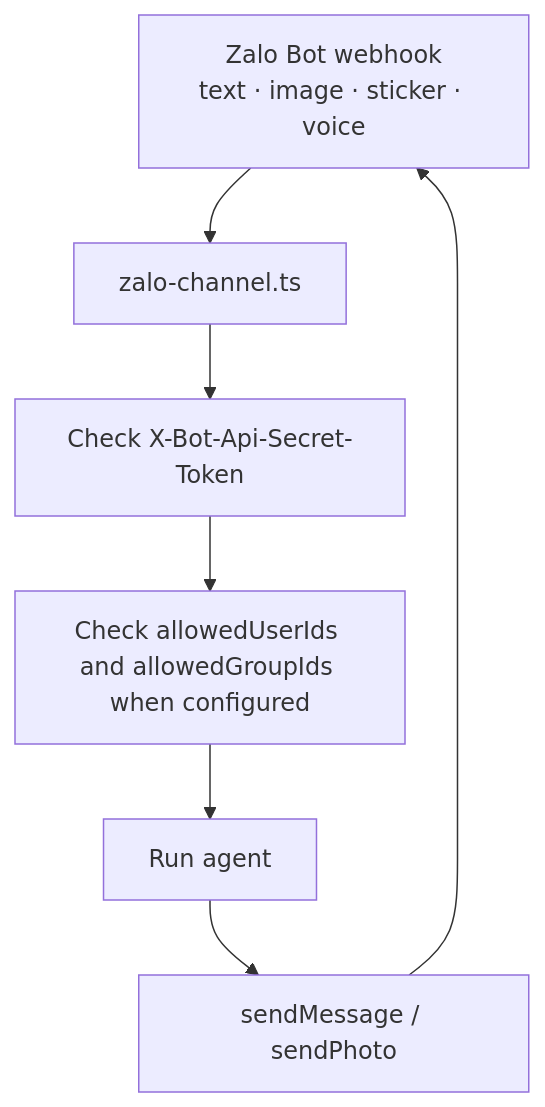
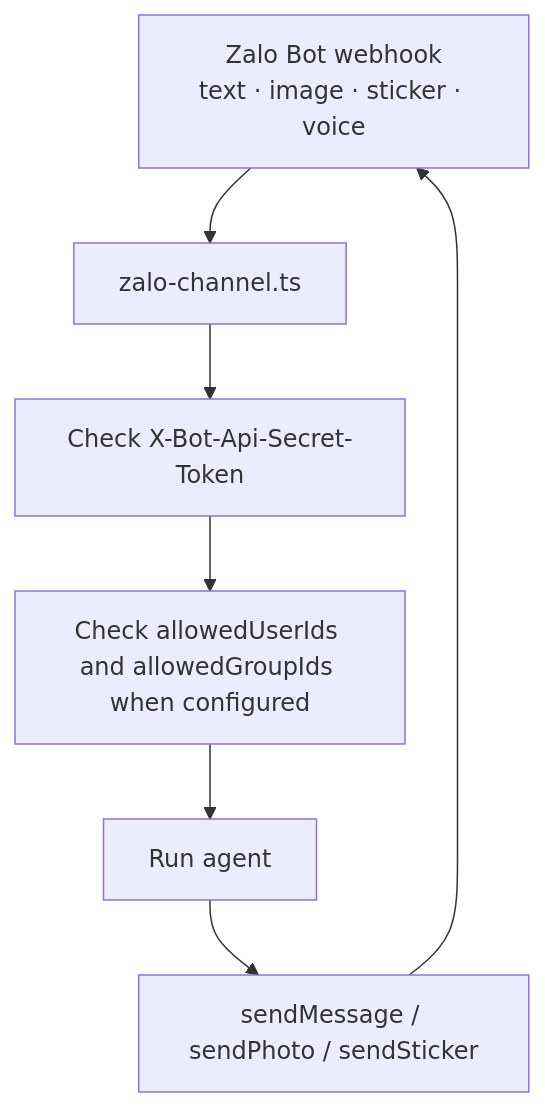
One commit to beeblastco/broods changed the diagram in apps/docs/docs/channels/zalo.md. Above: the diagram before and after it, drawn with Mermaid. The commit also changed other lines of this file and 19 other files, not shown here.

````diff
--- a/apps/docs/docs/channels/zalo.md
+++ b/apps/docs/docs/channels/zalo.md
@@ -72,9 +72,9 @@
 ```mermaid
 flowchart TD
   Zalo["Zalo Bot webhook<br/>text · image · sticker · voice"] --> Adapter["zalo-channel.ts"]
   Adapter --> Auth["Check X-Bot-Api-Secret-Token"]
   Auth --> Allow["Check allowedUserIds and allowedGroupIds when configured"]
   Allow --> Agent["Run agent"]
-  Agent --> Reply["sendMessage / sendPhoto"]
+  Agent --> Reply["sendMessage / sendPhoto / sendSticker"]
   Reply --> Zalo
 ```
````
